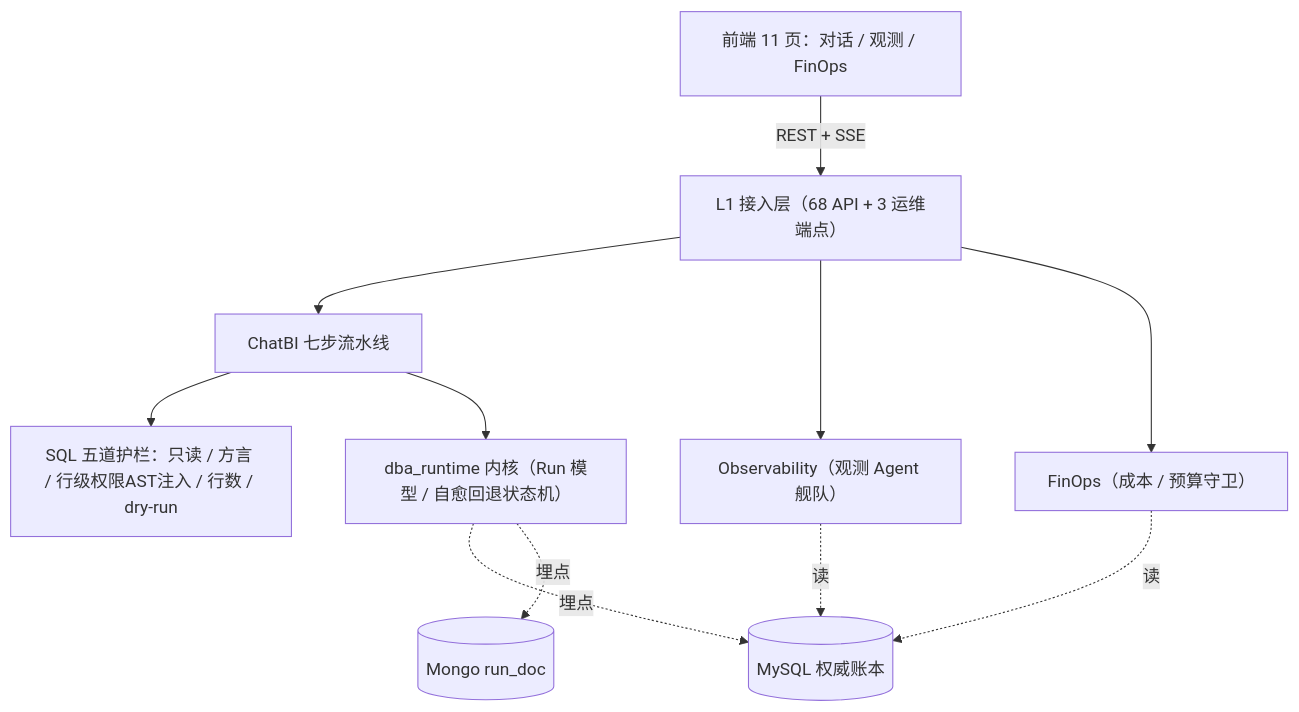
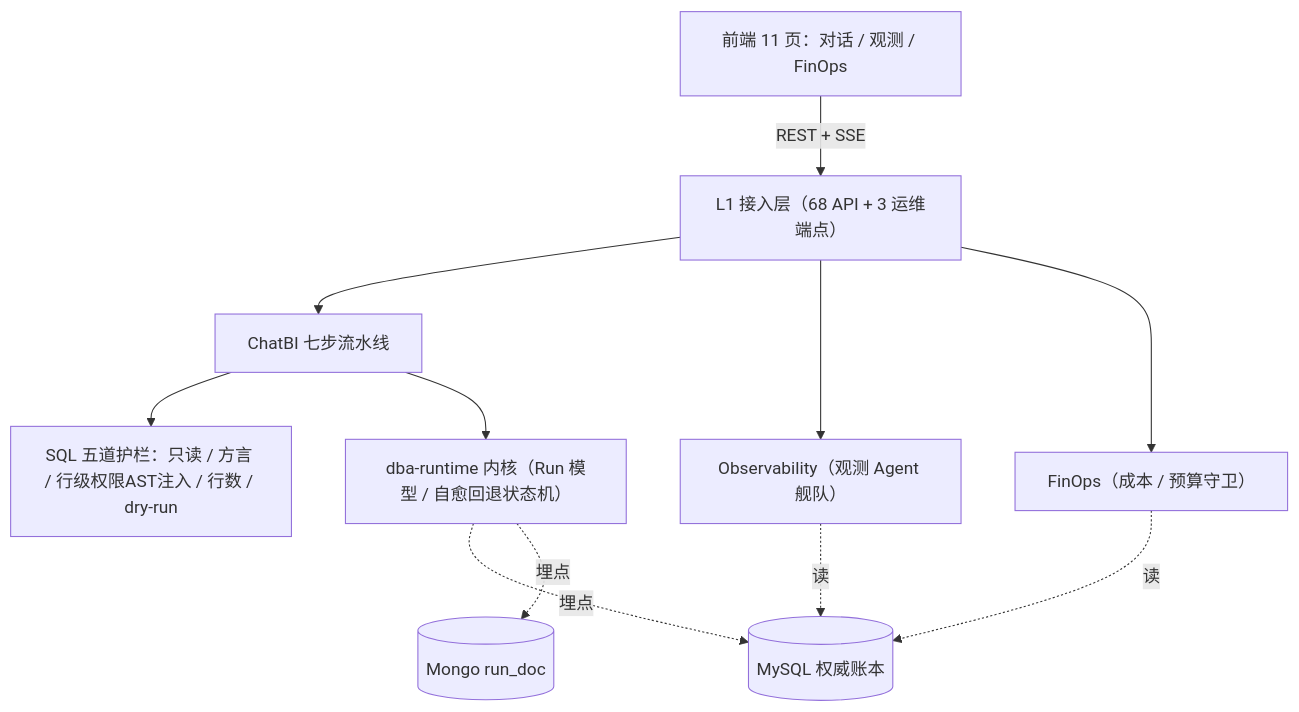
Before and after one commit to LZX842056112/dba-platform: the diagram in README.md, drawn with Mermaid. The commit also changed other lines of this file and 2 other files, not shown here.

````diff
--- a/README.md
+++ b/README.md
@@ -54,13 +83,13 @@
 ```mermaid
 graph TD
     FE["前端 11 页：对话 / 观测 / FinOps"] -->|REST + SSE| API["L1 接入层（68 API + 3 运维端点）"]
     API --> CHATBI["ChatBI 七步流水线"]
     API --> OBS["Observability（观测 Agent 舰队）"]
     API --> FNOPS["FinOps（成本 / 预算守卫）"]
     CHATBI --> GUARD["SQL 五道护栏：只读 / 方言 / 行级权限AST注入 / 行数 / dry-run"]
-    CHATBI --> RT["dba_runtime 内核（Run 模型 / 自愈回退状态机）"]
+    CHATBI --> RT["dba-runtime 内核（Run 模型 / 自愈回退状态机）"]
     RT -.埋点.-> MySQL[(MySQL 权威账本)]
     RT -.埋点.-> Mongo[(Mongo run_doc)]
     OBS -.读.-> MySQL
     FNOPS -.读.-> MySQL
 ```
````
